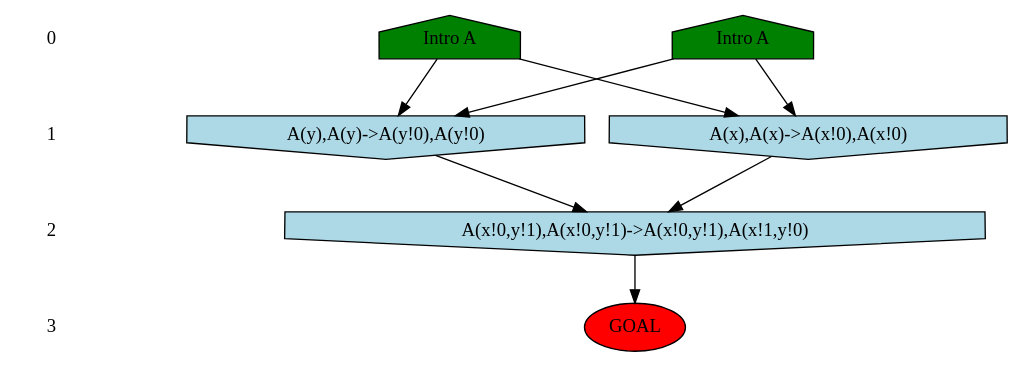
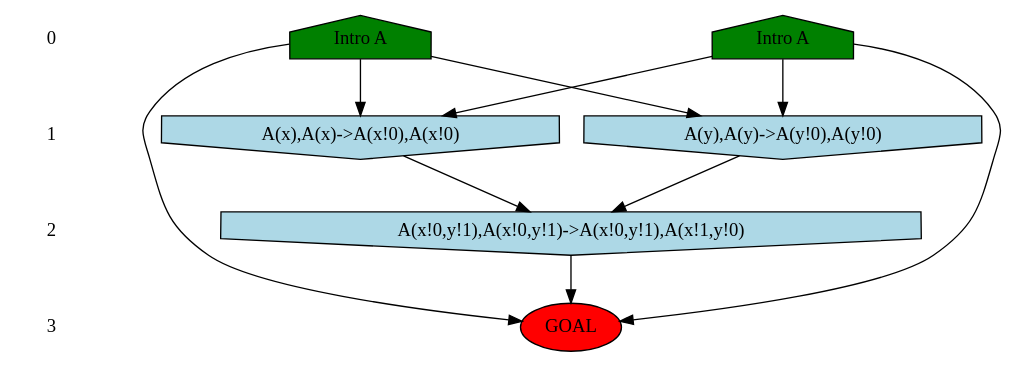
Before and after one commit to Kappa-Dev/KappaTools: the diagram in models/cflows/link_swapping/expected-output/cflow_0.dot, drawn with Graphviz. The commit also changed 44 other files, not shown here.

```diff
--- a/models/cflows/link_swapping/expected-output/cflow_0.dot
+++ b/models/cflows/link_swapping/expected-output/cflow_0.dot
@@ -1,28 +1,30 @@
 /* Compression of 2 causal flows obtained in average at 6.516777E-01 t.u */
 /* Compressed causal flows were: [2;1] */
 digraph G{
  ranksep=.5 ; 
 { rank = same ; "0" [shape=plaintext] ; node_1 [label ="Intro A", shape=house, style=filled, fillcolor=green] ;
 node_2 [label ="Intro A", shape=house, style=filled, fillcolor=green] ;
 }
 { rank = same ; "1" [shape=plaintext] ; node_3 [label="A(y),A(y)->A(y!0),A(y!0)", shape=invhouse, style=filled, fillcolor = lightblue] ;
 node_4 [label="A(x),A(x)->A(x!0),A(x!0)", shape=invhouse, style=filled, fillcolor = lightblue] ;
 }
 { rank = same ; "2" [shape=plaintext] ; node_5 [label="A(x!0,y!1),A(x!0,y!1)->A(x!0,y!1),A(x!1,y!0)", shape=invhouse, style=filled, fillcolor = lightblue] ;
 }
 { rank = same ; "3" [shape=plaintext] ; node_6 [label ="GOAL", style=filled, fillcolor=red] ;
 }
 "0" -> "1" [style="invis"]; 
 "1" -> "2" [style="invis"]; 
 "2" -> "3" [style="invis"]; 
 node_1 -> node_3
 node_2 -> node_3
 node_1 -> node_4
 node_2 -> node_4
 node_3 -> node_5
 node_4 -> node_5
+node_1 -> node_6
+node_2 -> node_6
 node_5 -> node_6
 }
 /*
- Dot generation time: 0.000000
+ Dot generation time: 0.004000
 */
```
